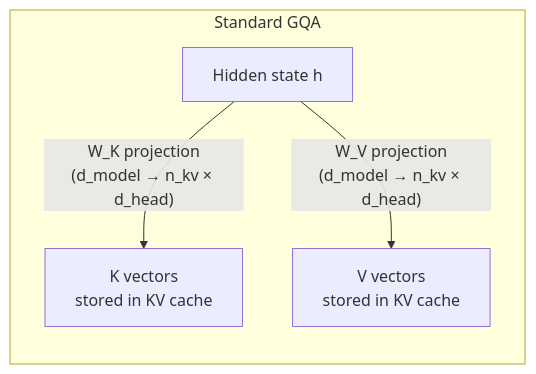
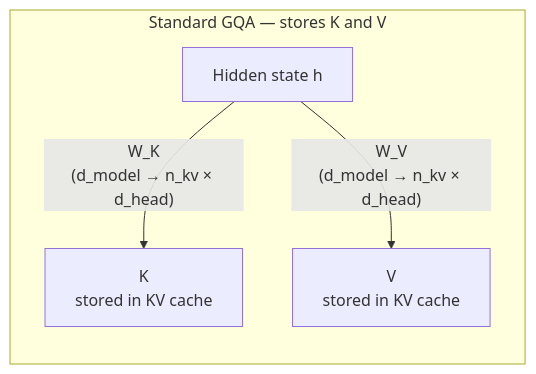
One commit to iamulya/iamulya.github.io changed the fourth of 17 diagrams in _posts/2026-05-28-attention-mechanisms-and-kv-architectures.md. Above: the diagram before and after it, drawn with Mermaid. The commit also changed other lines of this file, not shown here.

````diff
--- a/_posts/2026-05-28-attention-mechanisms-and-kv-architectures.md
+++ b/_posts/2026-05-28-attention-mechanisms-and-kv-architectures.md
@@ -124,7 +126,7 @@
 ```mermaid
 flowchart LR
-    subgraph "Standard GQA"
-        H["Hidden state h"] -->|"W_K projection\n(d_model → n_kv × d_head)"| K["K vectors\nstored in KV cache"]
-        H -->|"W_V projection\n(d_model → n_kv × d_head)"| V["V vectors\nstored in KV cache"]
+    subgraph "Standard GQA — stores K and V"
+        H_s["Hidden state h"] -->|"W_K\n(d_model → n_kv × d_head)"| K_s["K\nstored in KV cache"]
+        H_s -->|"W_V\n(d_model → n_kv × d_head)"| V_s["V\nstored in KV cache"]
     end
 ```
````
